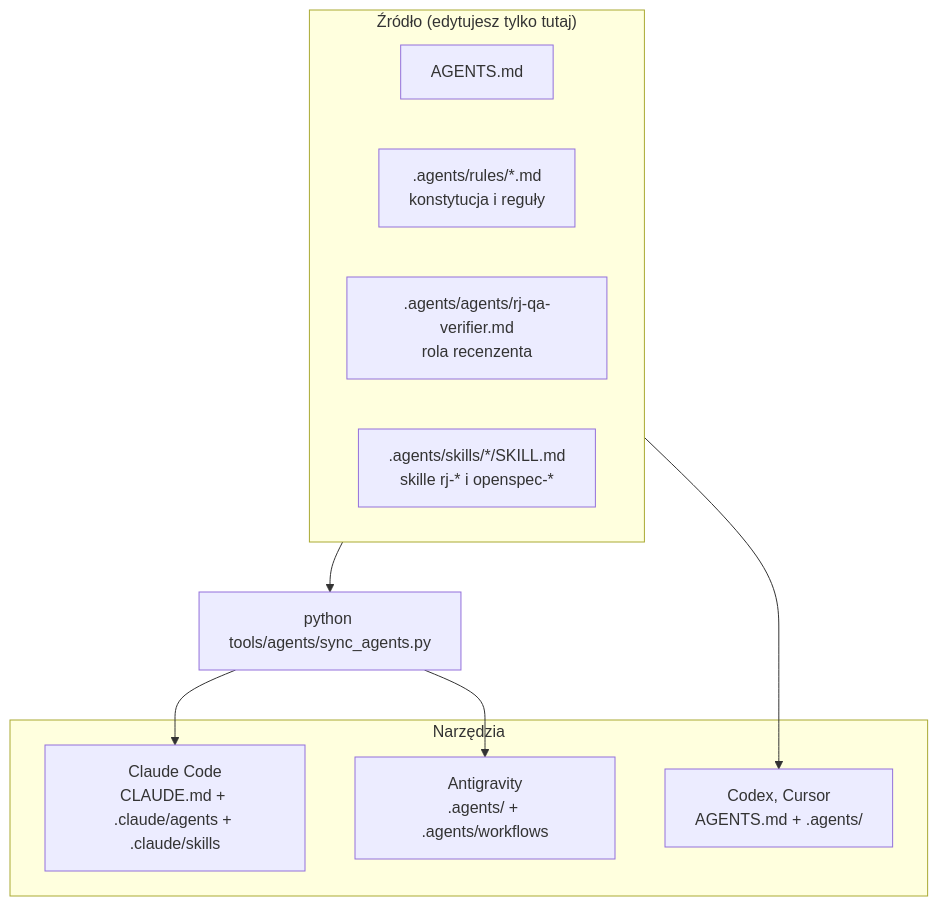
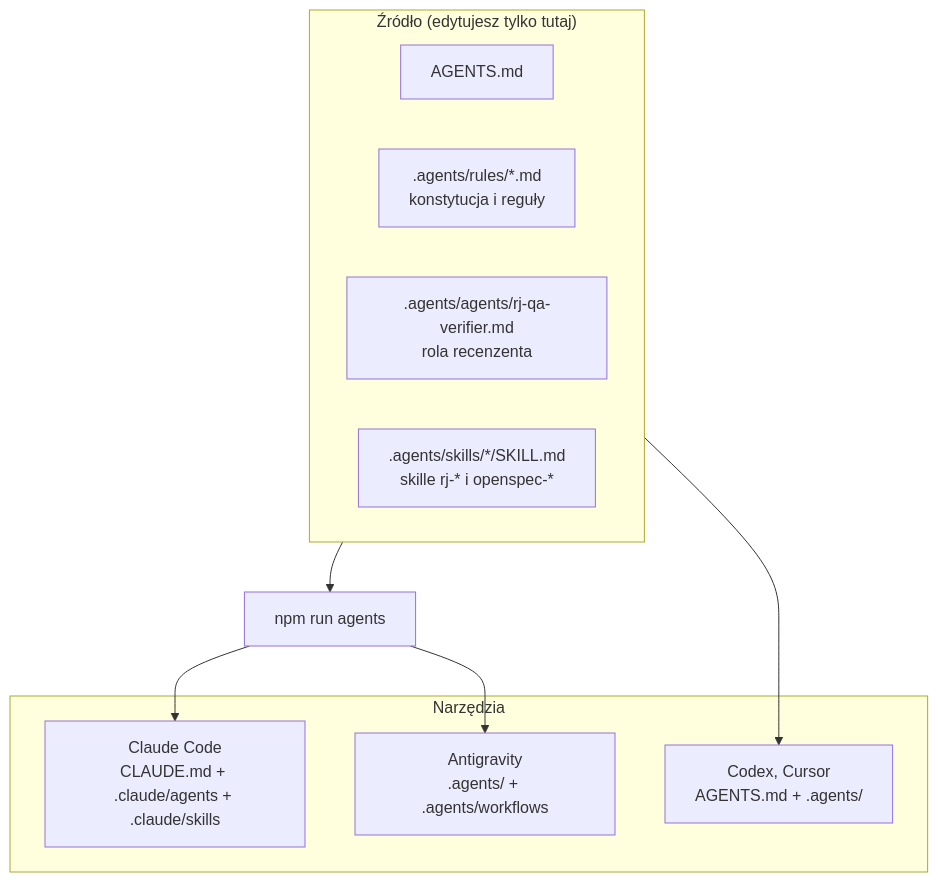
The diagram in docs/04-system-agentow-ai/01-architektura-i-konfiguracja-agentow.md (lMamacl/Rejoltance), drawn with Mermaid before and after one commit. The commit also changed 207 other files, not shown here.

First line of the commit message:
REJ-0: unify repo tooling under npm scripts (no Python)

````diff
--- a/docs/04-system-agentow-ai/01-architektura-i-konfiguracja-agentow.md
+++ b/docs/04-system-agentow-ai/01-architektura-i-konfiguracja-agentow.md
@@ -11,18 +11,18 @@
 ```mermaid
 flowchart TB
   subgraph Zrodlo["Źródło (edytujesz tylko tutaj)"]
     AM["AGENTS.md"]
     R[".agents/rules/*.md<br/>konstytucja i reguły"]
     A[".agents/agents/rj-qa-verifier.md<br/>rola recenzenta"]
     S[".agents/skills/*/SKILL.md<br/>skille rj-* i openspec-*"]
   end
-  Sync["python tools/agents/sync_agents.py"]
+  Sync["npm run agents"]
   subgraph Narzedzia["Narzędzia"]
     CL["Claude Code<br/>CLAUDE.md + .claude/agents + .claude/skills"]
     AG["Antigravity<br/>.agents/ + .agents/workflows"]
     CX["Codex, Cursor<br/>AGENTS.md + .agents/"]
   end
   Zrodlo --> Sync --> CL
   Sync --> AG
   Zrodlo --> CX
 ```
````
